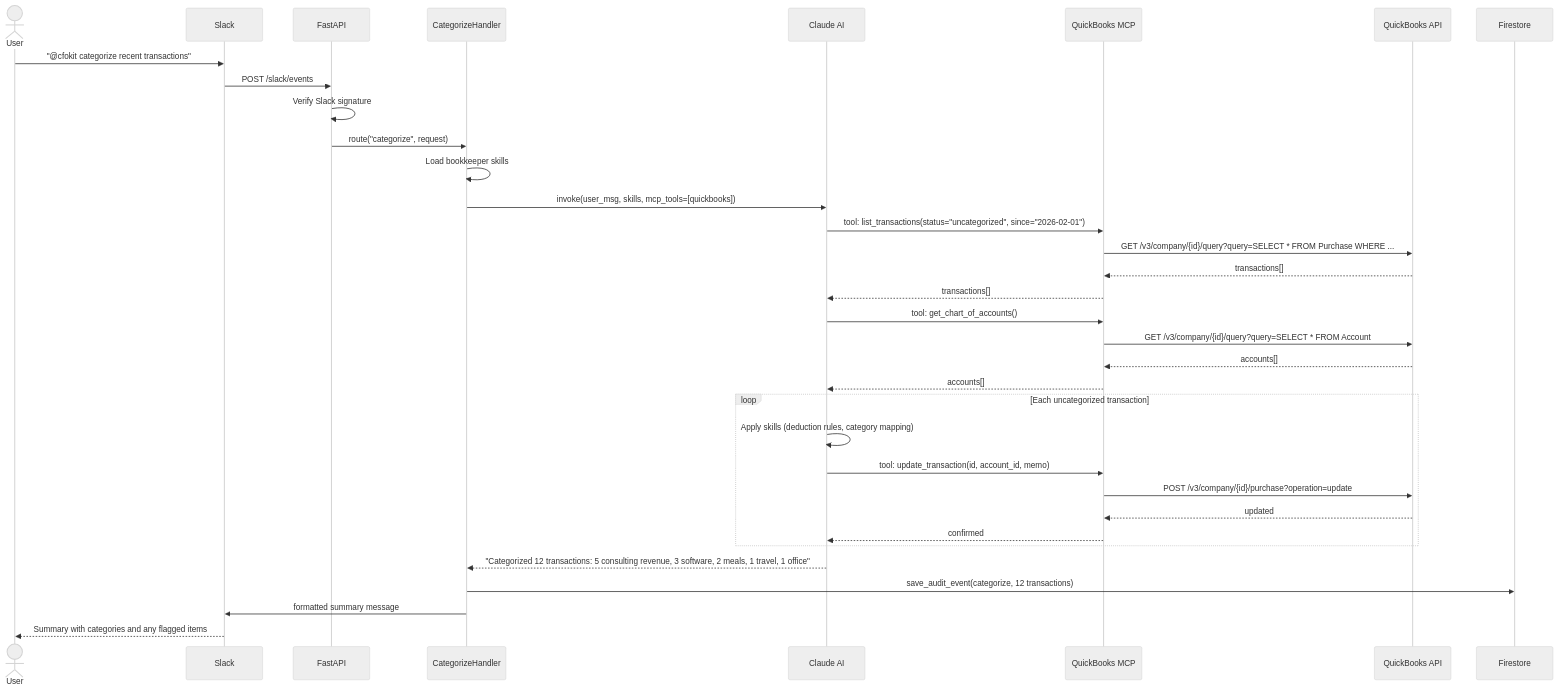
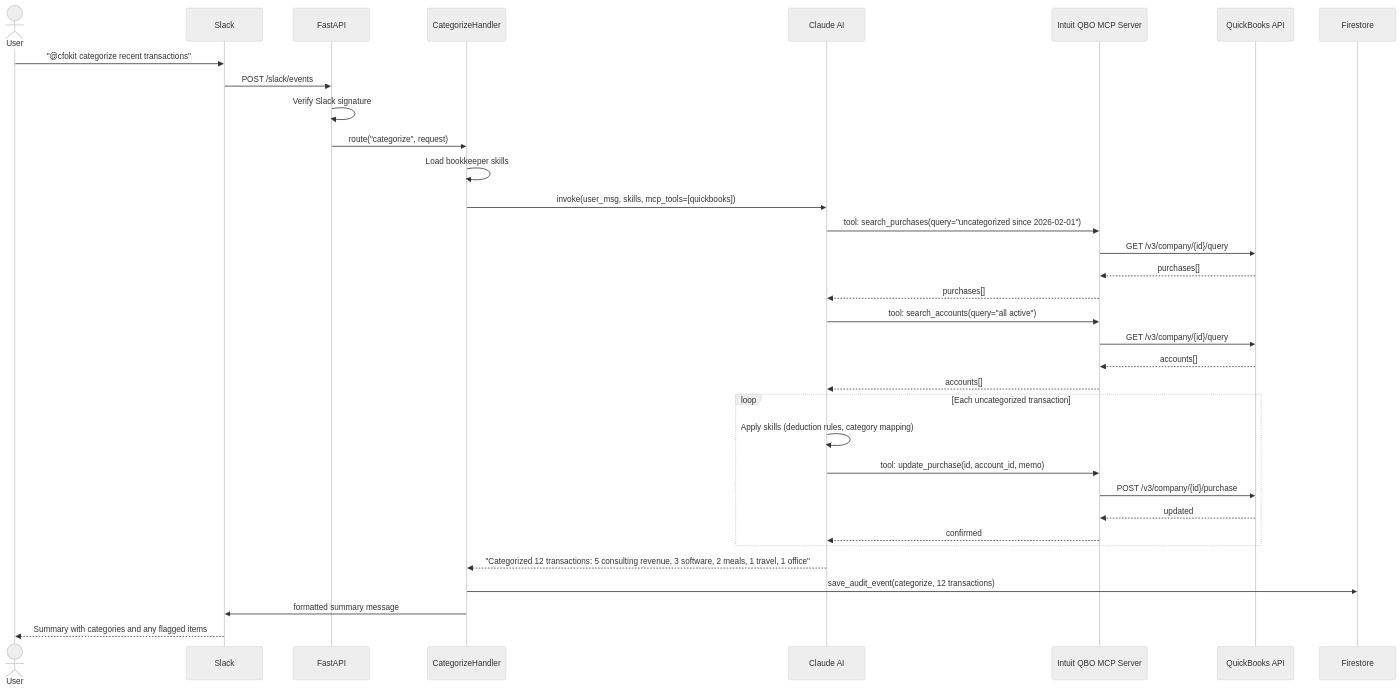
The first of 5 diagrams in docs/PRD.md (cfokit/cfokit), drawn with Mermaid (neutral theme) before and after one commit. The commit also changed other lines of this file and 1 other file, not shown here.

First line of the commit message:
Use Intuit's official QuickBooks MCP server instead of building our own

````diff
--- a/docs/PRD.md
+++ b/docs/PRD.md
@@ -22,40 +22,40 @@
 ```mermaid
 sequenceDiagram
     actor User
     participant Slack
     participant FastAPI
     participant Handler as CategorizeHandler
     participant Claude as Claude AI
-    participant MCP as QuickBooks MCP
+    participant MCP as Intuit QBO MCP Server
     participant QB as QuickBooks API
 
     User->>Slack: "@cfokit categorize recent transactions"
     Slack->>FastAPI: POST /slack/events
     FastAPI->>FastAPI: Verify Slack signature
     FastAPI->>Handler: route("categorize", request)
     Handler->>Handler: Load bookkeeper skills
     Handler->>Claude: invoke(user_msg, skills, mcp_tools=[quickbooks])
 
-    Claude->>MCP: tool: list_transactions(status="uncategorized", since="2026-02-01")
-    MCP->>QB: GET /v3/company/{id}/query?query=SELECT * FROM Purchase WHERE ...
-    QB-->>MCP: transactions[]
-    MCP-->>Claude: transactions[]
+    Claude->>MCP: tool: search_purchases(query="uncategorized since 2026-02-01")
+    MCP->>QB: GET /v3/company/{id}/query
+    QB-->>MCP: purchases[]
+    MCP-->>Claude: purchases[]
 
-    Claude->>MCP: tool: get_chart_of_accounts()
-    MCP->>QB: GET /v3/company/{id}/query?query=SELECT * FROM Account
+    Claude->>MCP: tool: search_accounts(query="all active")
+    MCP->>QB: GET /v3/company/{id}/query
     QB-->>MCP: accounts[]
     MCP-->>Claude: accounts[]
 
     loop Each uncategorized transaction
         Claude->>Claude: Apply skills (deduction rules, category mapping)
-        Claude->>MCP: tool: update_transaction(id, account_id, memo)
-        MCP->>QB: POST /v3/company/{id}/purchase?operation=update
+        Claude->>MCP: tool: update_purchase(id, account_id, memo)
+        MCP->>QB: POST /v3/company/{id}/purchase
         QB-->>MCP: updated
         MCP-->>Claude: confirmed
     end
 
     Claude-->>Handler: "Categorized 12 transactions: 5 consulting revenue, 3 software, 2 meals, 1 travel, 1 office"
     Handler->>Firestore: save_audit_event(categorize, 12 transactions)
     Handler->>Slack: formatted summary message
     Slack-->>User: Summary with categories and any flagged items
 ```
````
